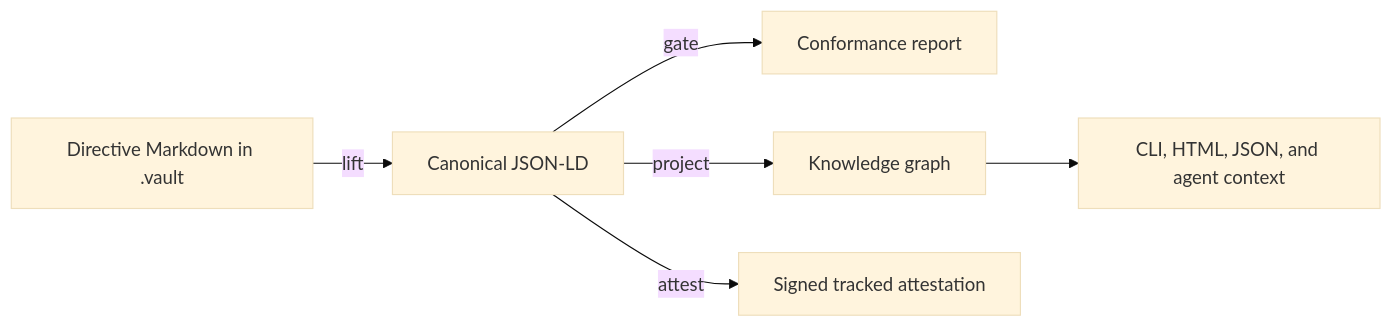
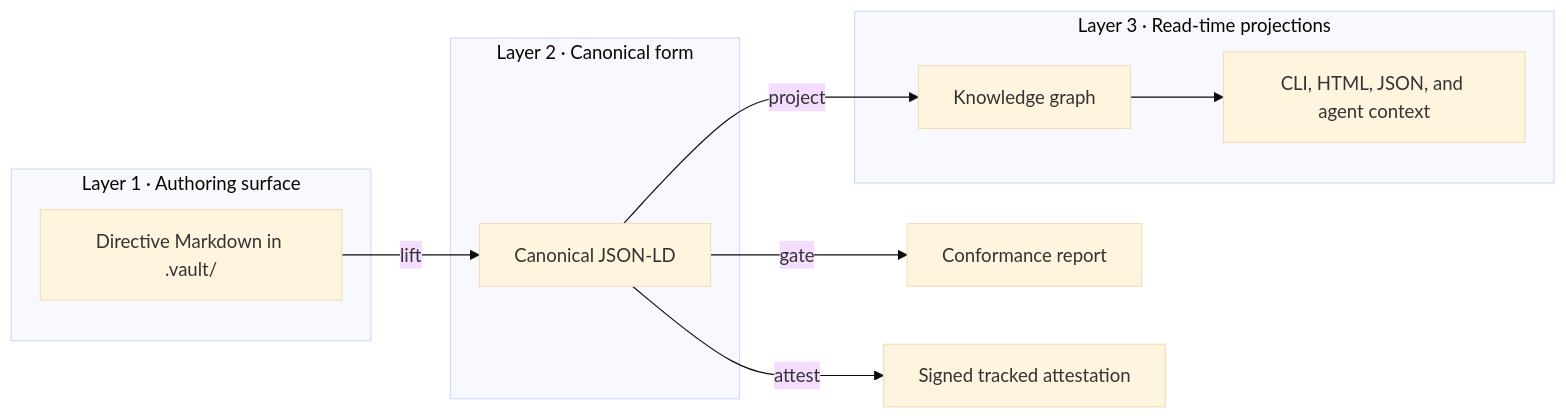
One commit to atomicdotdev/atomic-docs changed the second of 3 diagrams in docs/getting-started/atomic-vault.md. Above: the diagram before and after it, drawn with Mermaid (base theme). The commit also changed other lines of this file and 24 other files, not shown here.

````diff
--- a/docs/getting-started/atomic-vault.md
+++ b/docs/getting-started/atomic-vault.md
@@ -66,8 +66,18 @@
 ```mermaid
 flowchart LR
-    MD[Directive Markdown in .vault] -->|lift| J[Canonical JSON-LD]
+    subgraph L1["Layer 1 · Authoring surface"]
+        MD[Directive Markdown in .vault/]
+    end
+    subgraph L2["Layer 2 · Canonical form"]
+        J[Canonical JSON-LD]
+    end
+    subgraph L3["Layer 3 · Read-time projections"]
+        KG[Knowledge graph]
+        OUT[CLI, HTML, JSON, and agent context]
+    end
+    MD -->|lift| J
     J -->|gate| G[Conformance report]
-    J -->|project| KG[Knowledge graph]
+    J -->|project| KG
     J -->|attest| S[Signed tracked attestation]
-    KG --> CLI[CLI, HTML, JSON, and agent context]
+    KG --> OUT
 ```
````
